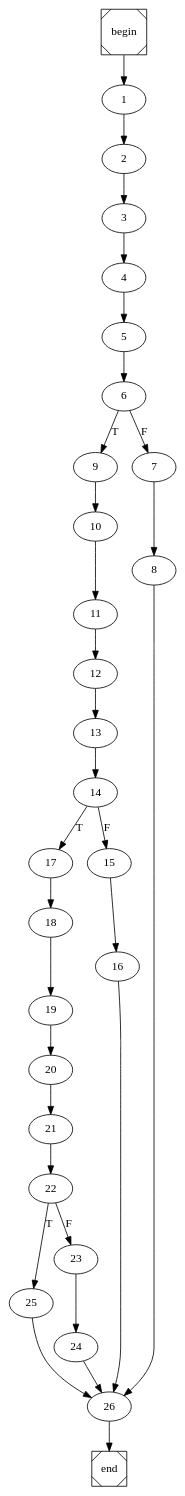
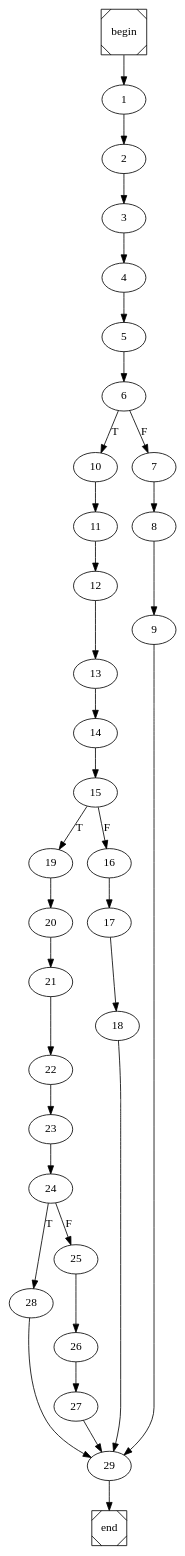
One commit to pedrojfs17/FEUP-COMP changed the diagram in Move.dot. Above: the diagram before and after it, drawn with Graphviz. The commit also changed 35 other files, not shown here.

```diff
--- a/Move.dot
+++ b/Move.dot
@@ -1,4 +1,4 @@
 digraph cfg {
 	begin [shape=Msquare];
 	end [shape=Msquare];
-	begin -> 1;	1 -> 2;	2 -> 3;	3 -> 4;	4 -> 5;	5 -> 6;	6 -> 9[label=T];	6 -> 7[label=F];	7 -> 8;	8 -> 26;	9 -> 10;	10 -> 11;	11 -> 12;	12 -> 13;	13 -> 14;	14 -> 17[label=T];	14 -> 15[label=F];	15 -> 16;	16 -> 26;	17 -> 18;	18 -> 19;	19 -> 20;	20 -> 21;	21 -> 22;	22 -> 25[label=T];	22 -> 23[label=F];	23 -> 24;	24 -> 26;	25 -> 26;	26 -> end;}
+	begin -> 1;	1 -> 2;	2 -> 3;	3 -> 4;	4 -> 5;	5 -> 6;	6 -> 10[label=T];	6 -> 7[label=F];	7 -> 8;	8 -> 9;	9 -> 29;	10 -> 11;	11 -> 12;	12 -> 13;	13 -> 14;	14 -> 15;	15 -> 19[label=T];	15 -> 16[label=F];	16 -> 17;	17 -> 18;	18 -> 29;	19 -> 20;	20 -> 21;	21 -> 22;	22 -> 23;	23 -> 24;	24 -> 28[label=T];	24 -> 25[label=F];	25 -> 26;	26 -> 27;	27 -> 29;	28 -> 29;	29 -> end;}
```
